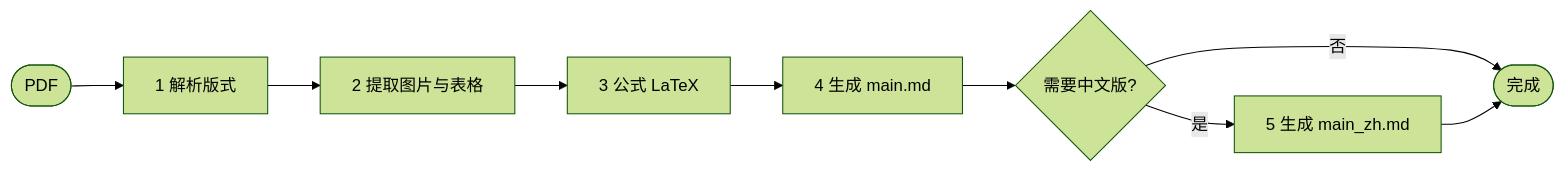
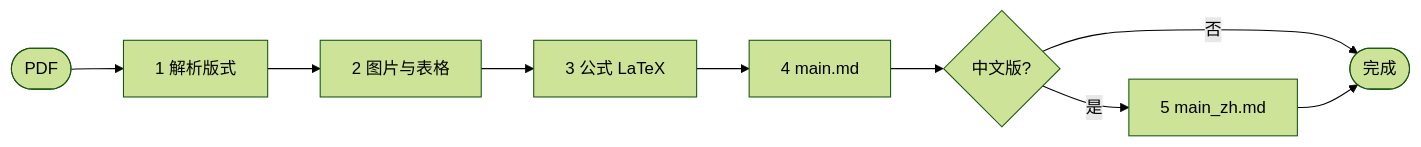
Before and after one commit to kindear/pdf-parse-x: the diagram in README.md, drawn with Mermaid (forest theme). The commit also changed other lines of this file and 17 other files, not shown here.

````diff
--- a/README.md
+++ b/README.md
@@ -22,11 +22,11 @@
 ```mermaid
 flowchart LR
   PDF([PDF]) --> P1["1 解析版式"]
-  P1 --> P2["2 提取图片与表格"]
+  P1 --> P2["2 图片与表格"]
   P2 --> P3["3 公式 LaTeX"]
-  P3 --> P4["4 生成 main.md"]
-  P4 --> Q{"需要中文版?"}
-  Q -- 是 --> P5["5 生成 main_zh.md"]
+  P3 --> P4["4 main.md"]
+  P4 --> Q{"中文版?"}
+  Q -- 是 --> P5["5 main_zh.md"]
   Q -- 否 --> DONE([完成])
   P5 --> DONE
 ```
````
